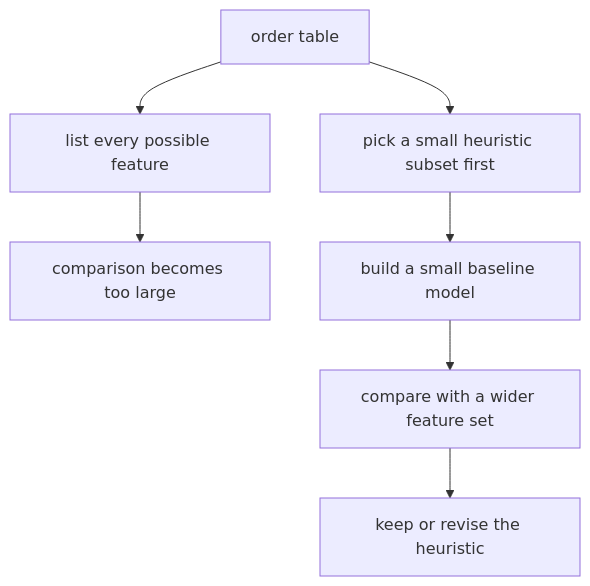
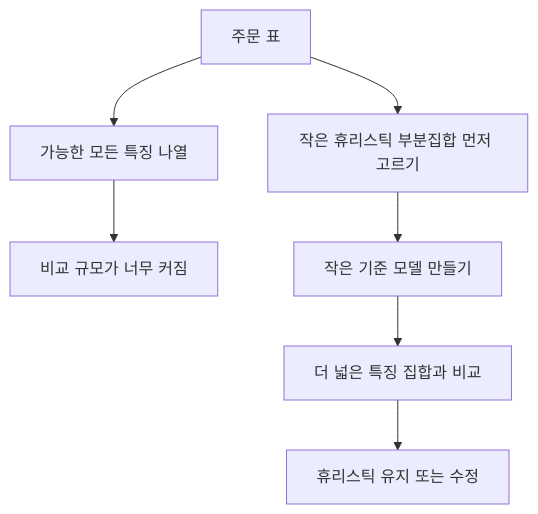
One commit to devchan64/AiBook changed the second of 2 diagrams in docs/parts/part-04/chapter-03/section-01.md. Above: the diagram before and after it, drawn with Mermaid. The commit also changed other lines of this file and 29 other files, not shown here.

````diff
--- a/docs/parts/part-04/chapter-03/section-01.md
+++ b/docs/parts/part-04/chapter-03/section-01.md
@@ -166,13 +166,13 @@
 ```mermaid
 flowchart TD
-  A["order table"]
-  B["list every possible feature"]
-  C["comparison becomes too large"]
-  D["pick a small heuristic subset first"]
-  E["build a small baseline model"]
-  F["compare with a wider feature set"]
-  G["keep or revise the heuristic"]
+  A["주문 표"]
+  B["가능한 모든 특징 나열"]
+  C["비교 규모가 너무 커짐"]
+  D["작은 휴리스틱 부분집합 먼저 고르기"]
+  E["작은 기준 모델 만들기"]
+  F["더 넓은 특징 집합과 비교"]
+  G["휴리스틱 유지 또는 수정"]
 
   A --> B --> C
   A --> D --> E --> F --> G
 ```
````
